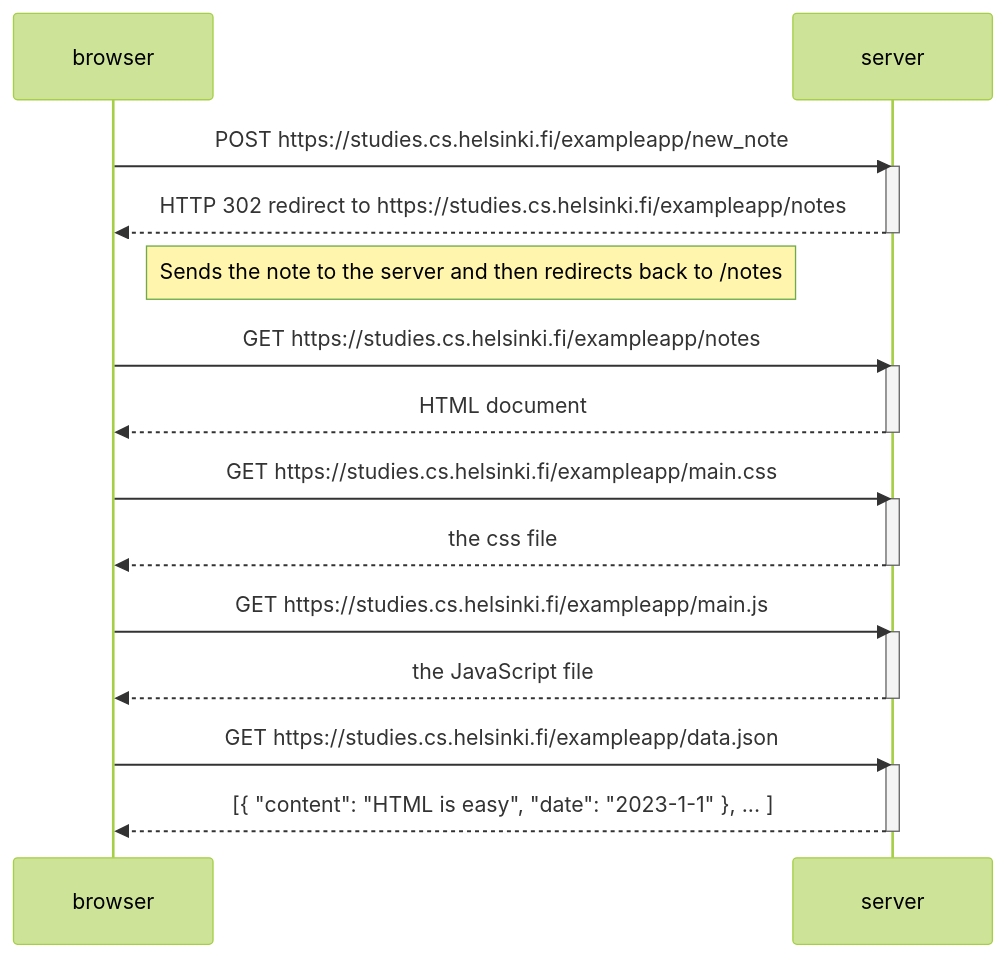
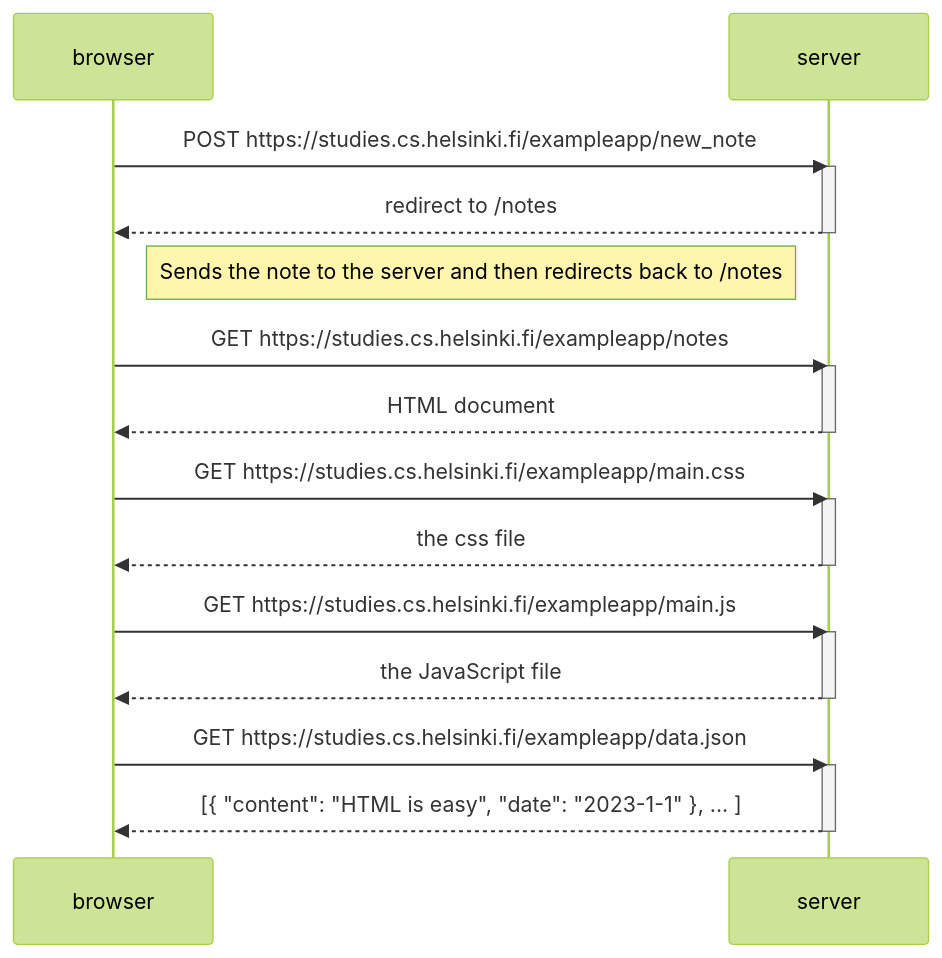
One commit to Sippee/FullstackOpen changed the diagram in part0/exercise4.md. Above: the diagram before and after it, drawn with Mermaid (forest theme).

````diff
--- a/part0/exercise4.md
+++ b/part0/exercise4.md
@@ -1,32 +1,32 @@
 ```mermaid
 sequenceDiagram
     participant browser
     participant server
 
     browser->>server: POST https://studies.cs.helsinki.fi/exampleapp/new_note
     activate server
-    server-->>browser: HTTP 302 redirect to https://studies.cs.helsinki.fi/exampleapp/notes
+    server-->>browser: redirect to /notes
     deactivate server
 
     Note right of browser: Sends the note to the server and then redirects back to /notes
 
     browser->>server: GET https://studies.cs.helsinki.fi/exampleapp/notes
     activate server
     server-->>browser: HTML document
     deactivate server
 
     browser->>server: GET https://studies.cs.helsinki.fi/exampleapp/main.css
     activate server
     server-->>browser: the css file
     deactivate server
 
     browser->>server: GET https://studies.cs.helsinki.fi/exampleapp/main.js
     activate server
     server-->>browser: the JavaScript file
     deactivate server
 
     browser->>server: GET https://studies.cs.helsinki.fi/exampleapp/data.json
     activate server
     server-->>browser: [{ "content": "HTML is easy", "date": "2023-1-1" }, ... ]
     deactivate server
 ```
````
